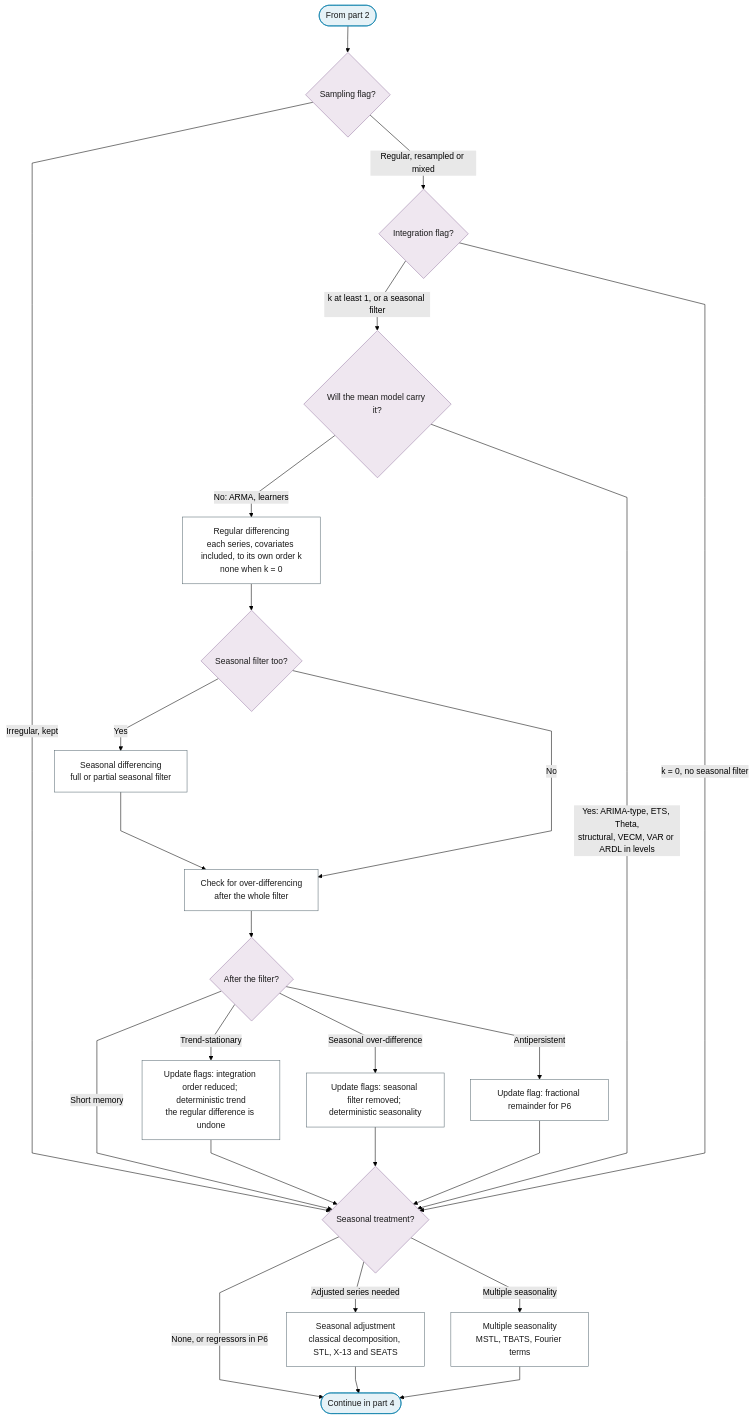
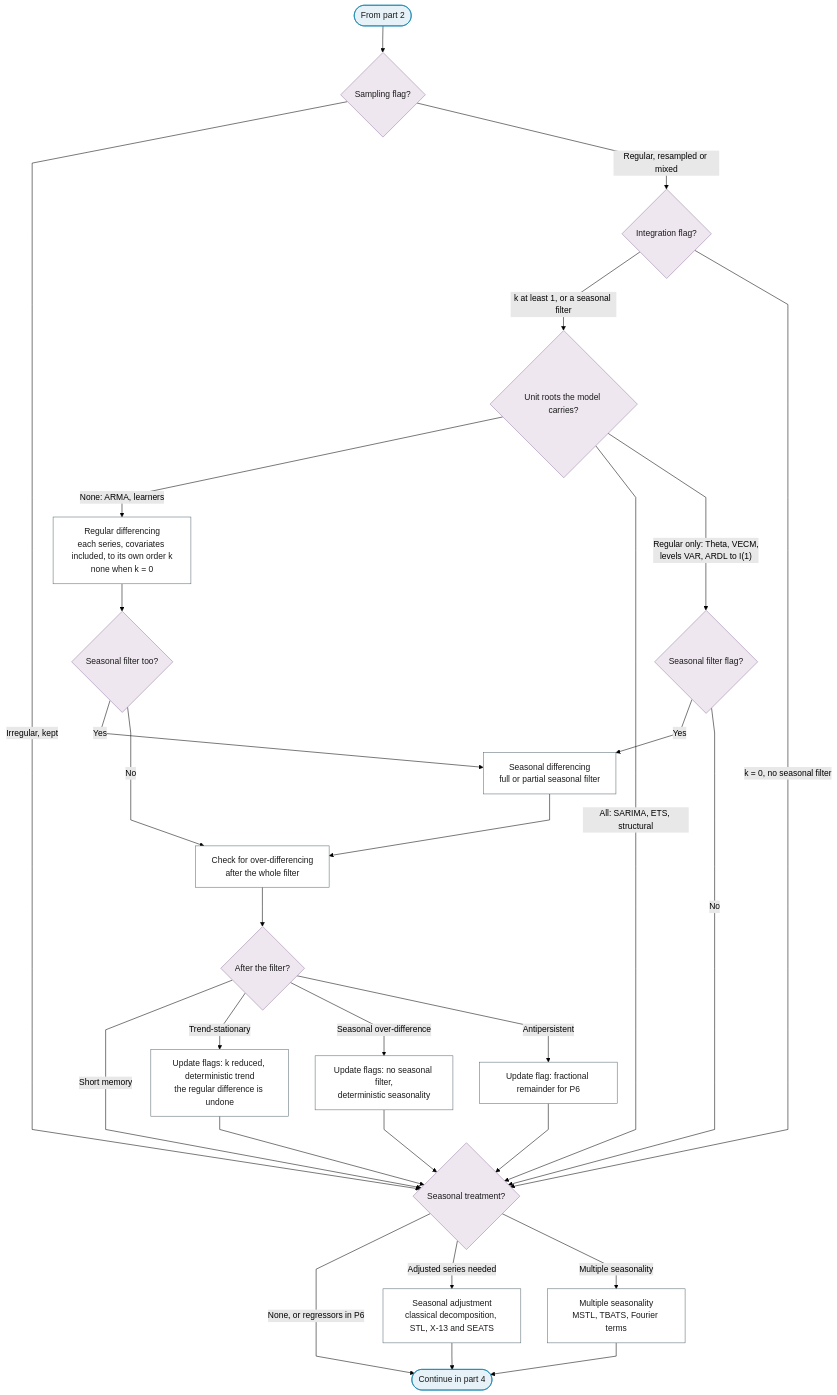
One commit to Shuxin-Y/time-series-analysis-manual changed the third of 6 diagrams in docs/01-workflow/p04-transformations.md. Above: the diagram before and after it, drawn with Mermaid (forest theme). The commit also changed other lines of this file and 17 other files, not shown here.

First line of the commit message:
fix(charts): round-3 review fixes to seasonality, thresholds and branch flags

````diff
--- a/docs/01-workflow/p04-transformations.md
+++ b/docs/01-workflow/p04-transformations.md
@@ -81,36 +81,39 @@
 ```mermaid
 %%{init: {"flowchart": {"curve": "linear"}}}%%
 graph TD
     P4_PART_3_IN(["From part 2"]) --> P4_GRID{"Sampling flag?"}
     P4_GRID -->|"Irregular, kept"| P4_SEASON
     P4_GRID -->|"Regular, resampled or mixed"| P4_INTEGRATION{"Integration flag?"}
-    P4_INTEGRATION -->|"k at least 1, or a seasonal filter"| P4_CLASS{"Will the mean model carry it?"}
-    P4_CLASS -->|"No: ARMA, learners"| P4_DIFFERENCE["Regular differencing<br/>each series, covariates included, to its own order k<br/>none when k = 0"]
-    P4_CLASS -->|"Yes: ARIMA-type, ETS, Theta,<br/>structural, VECM, VAR or ARDL in levels"| P4_SEASON
+    P4_INTEGRATION -->|"k at least 1, or a seasonal filter"| P4_CLASS{"Unit roots the model carries?"}
+    P4_CLASS -->|"None: ARMA, learners"| P4_DIFFERENCE["Regular differencing<br/>each series, covariates included, to its own order k<br/>none when k = 0"]
+    P4_CLASS -->|"All: SARIMA, ETS, structural"| P4_SEASON
+    P4_CLASS -->|"Regular only: Theta, VECM,<br/>levels VAR, ARDL to I(1)"| P4_CARRIED_SEASONAL{"Seasonal filter flag?"}
+    P4_CARRIED_SEASONAL -->|"Yes"| P4_SEASONAL_DIFFERENCE
+    P4_CARRIED_SEASONAL -->|"No"| P4_SEASON
     P4_INTEGRATION -->|"k = 0, no seasonal filter"| P4_SEASON
     P4_DIFFERENCE --> P4_SEASONAL_FILTER{"Seasonal filter too?"}
     P4_SEASONAL_FILTER -->|"Yes"| P4_SEASONAL_DIFFERENCE["Seasonal differencing<br/>full or partial seasonal filter"]
     P4_SEASONAL_FILTER -->|"No"| P4_OVERDIFFERENCING
     P4_SEASONAL_DIFFERENCE --> P4_OVERDIFFERENCING["Check for over-differencing<br/>after the whole filter"]
     P4_OVERDIFFERENCING --> P4_DIFF_VERDICT{"After the filter?"}
     P4_DIFF_VERDICT -->|"Short memory"| P4_SEASON
-    P4_DIFF_VERDICT -->|"Trend-stationary"| P4_TREND_FLAG["Update flags: integration order reduced; deterministic trend<br/>the regular difference is undone"]
-    P4_DIFF_VERDICT -->|"Seasonal over-difference"| P4_SEASON_FLAG["Update flags: seasonal filter removed; deterministic seasonality"]
+    P4_DIFF_VERDICT -->|"Trend-stationary"| P4_TREND_FLAG["Update flags: k reduced, deterministic trend<br/>the regular difference is undone"]
+    P4_DIFF_VERDICT -->|"Seasonal over-difference"| P4_SEASON_FLAG["Update flags: no seasonal filter,<br/>deterministic seasonality"]
     P4_DIFF_VERDICT -->|"Antipersistent"| P4_FRACTIONAL_FLAG["Update flag: fractional remainder for P6"]
     P4_TREND_FLAG & P4_SEASON_FLAG & P4_FRACTIONAL_FLAG --> P4_SEASON{"Seasonal treatment?"}
     P4_SEASON -->|"None, or regressors in P6"| P4_PART_3_OUT(["Continue in part 4"])
     P4_SEASON -->|"Adjusted series needed"| P4_SEASONAL_ADJUSTMENT["Seasonal adjustment<br/>classical decomposition, STL, X-13 and SEATS"]
     P4_SEASON -->|"Multiple seasonality"| P4_MULTIPLE_SEASONALITY["Multiple seasonality<br/>MSTL, TBATS, Fourier terms"]
     P4_SEASONAL_ADJUSTMENT & P4_MULTIPLE_SEASONALITY --> P4_PART_3_OUT
     class P4_PART_3_IN,P4_PART_3_OUT terminator
-    class P4_GRID,P4_INTEGRATION,P4_CLASS,P4_SEASONAL_FILTER,P4_DIFF_VERDICT,P4_SEASON decision
+    class P4_GRID,P4_INTEGRATION,P4_CLASS,P4_CARRIED_SEASONAL,P4_SEASONAL_FILTER,P4_DIFF_VERDICT,P4_SEASON decision
     class P4_DIFFERENCE,P4_SEASONAL_DIFFERENCE,P4_OVERDIFFERENCING,P4_TREND_FLAG,P4_SEASON_FLAG,P4_FRACTIONAL_FLAG,P4_SEASONAL_ADJUSTMENT,P4_MULTIPLE_SEASONALITY process
     classDef terminator fill:#E6F2F7,stroke:#007BA7,color:#1A1A1A;
     classDef process fill:#FFFFFF,stroke:#5A6B73,color:#1A1A1A;
     classDef decision fill:#EFE7F0,stroke:#9B7FA7,color:#1A1A1A;
     classDef data fill:#FFF4E0,stroke:#C9A55E,color:#1A1A1A;
     classDef good fill:#DCEFD8,stroke:#4A7A3F,color:#1A1A1A;
     classDef escalate fill:#FFE9C2,stroke:#C9A55E,color:#1A1A1A;
     classDef problem fill:#F2D9DE,stroke:#800020,color:#1A1A1A;
     classDef ref fill:#F7F7F7,stroke:#5A6B73,color:#1A1A1A,stroke-dasharray:4 3;
 ```
````
